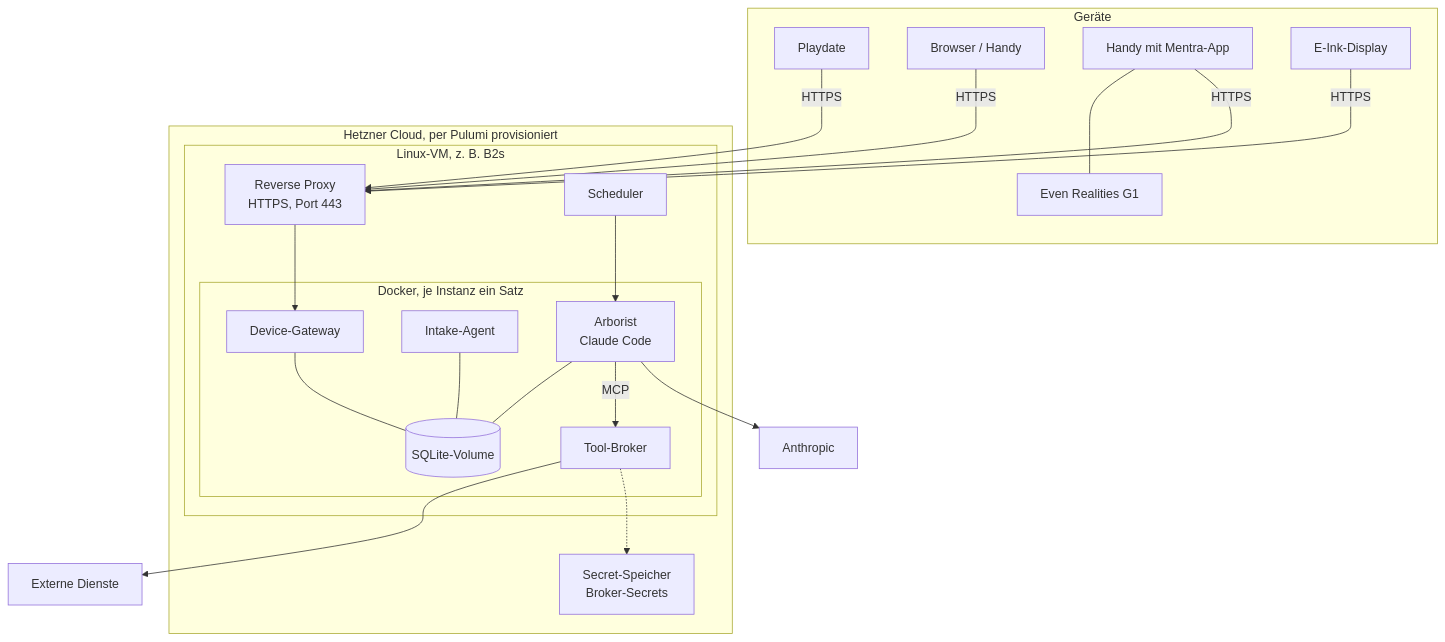
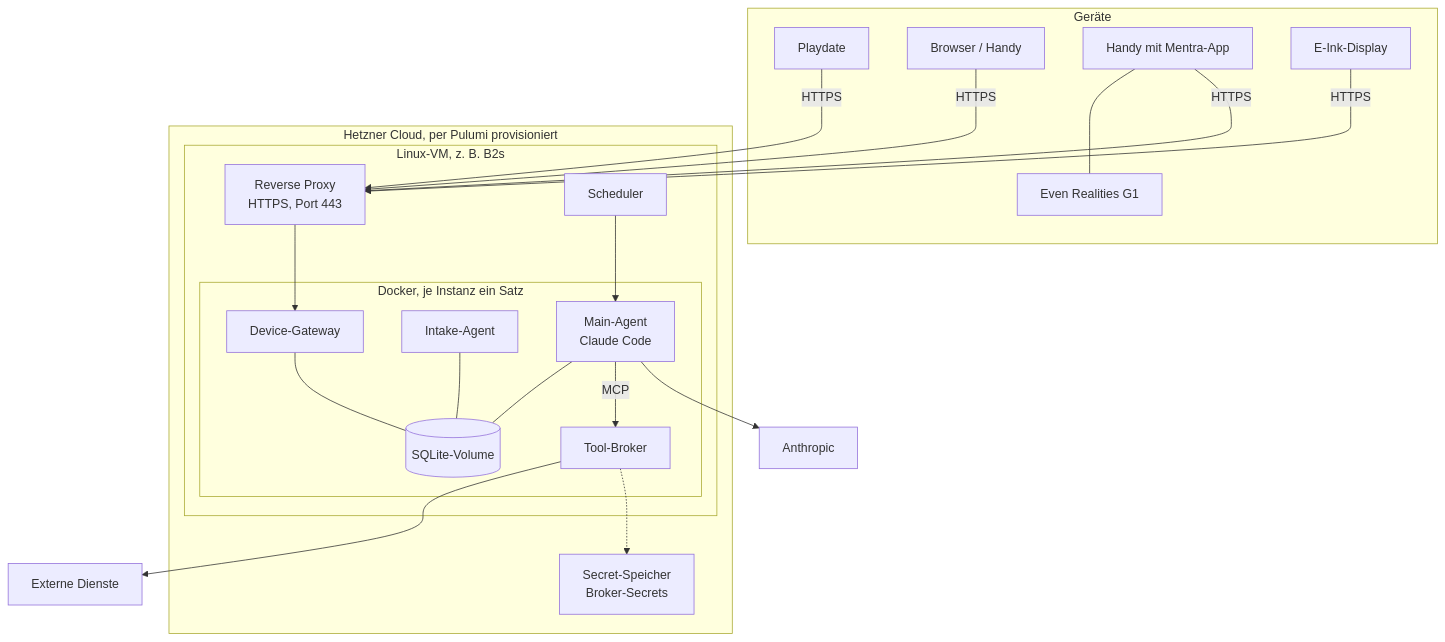
One commit to merlinbecker/playdate-claude-client changed diagram 12 of 13 in docs/arc42.md. Above: the diagram before and after it, drawn with Mermaid. The commit also changed other lines of this file and 24 other files, not shown here.

````diff
--- a/docs/arc42.md
+++ b/docs/arc42.md
@@ -363,36 +363,36 @@
 ```mermaid
 flowchart TB
     subgraph Geräte
         PD[Playdate]
         WEB[Browser / Handy]
         PH[Handy mit Mentra-App] --- G1[Even Realities G1]
         EI[E-Ink-Display]
     end
 
     subgraph Azure[Hetzner Cloud, per Pulumi provisioniert]
         subgraph VM[Linux-VM, z. B. B2s]
             RP[Reverse Proxy<br/>HTTPS, Port 443]
             subgraph Docker[Docker, je Instanz ein Satz]
                 GW[Device-Gateway]
                 IN[Intake-Agent]
-                AR[Arborist<br/>Claude Code]
+                AR[Main-Agent<br/>Claude Code]
                 BR[Tool-Broker]
                 DB[(SQLite-Volume)]
             end
             SCH[Scheduler]
         end
         KV[Secret-Speicher<br/>Broker-Secrets]
     end
 
     ANT[Anthropic]
     EXT[Externe Dienste]
 
     PD & WEB & PH & EI -->|HTTPS| RP --> GW
     GW --- DB
     IN --- DB
     AR --- DB
     AR -->|MCP| BR --> EXT
     BR -.-> KV
     AR --> ANT
     SCH --> AR
 ```
````
